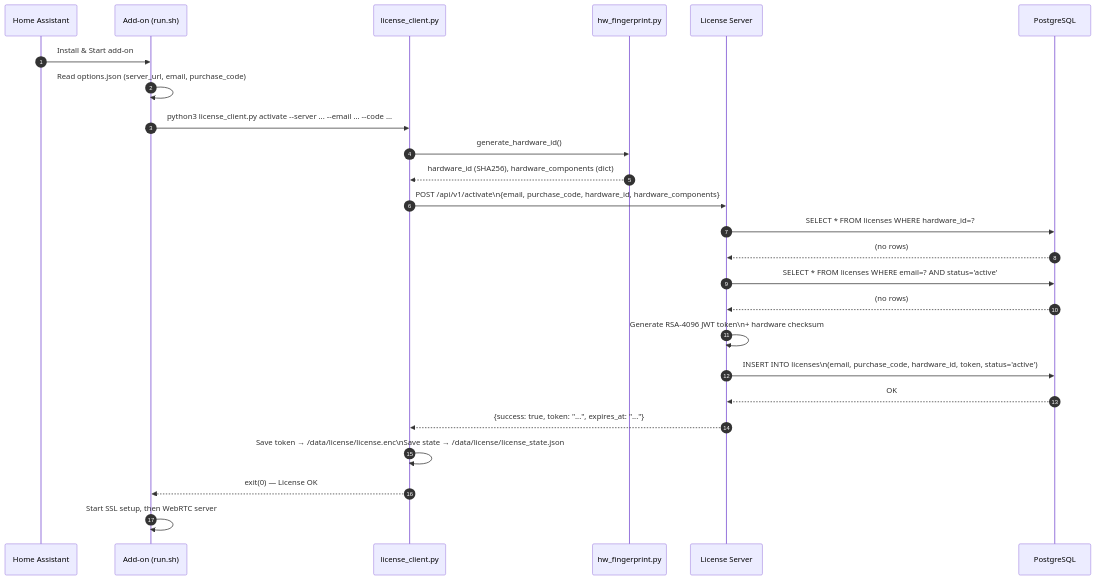
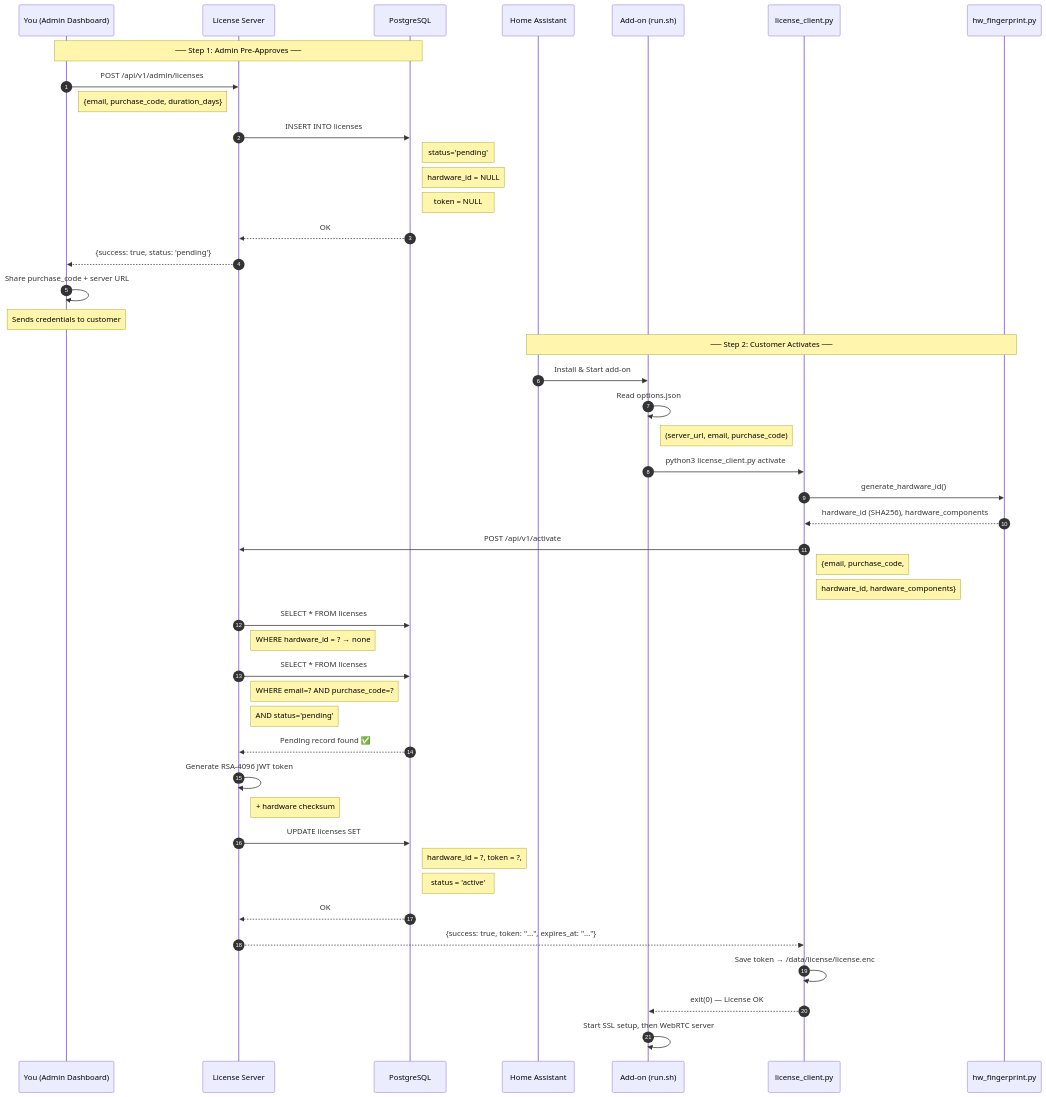
Before and after one commit to Ahmed9190/webrtc-voice-streaming: the first of 10 diagrams in license_server/.handover/05-COMPLETE-GUIDE.md, drawn with Mermaid. The commit also changed other lines of this file, not shown here.

Commit message:
docs: update complete guide to reflect admin-gated activation model

````diff
--- a/license_server/.handover/05-COMPLETE-GUIDE.md
+++ b/license_server/.handover/05-COMPLETE-GUIDE.md
@@ -112,28 +114,50 @@
 ```mermaid
 sequenceDiagram
     autonumber
+    participant Admin as You (Admin Dashboard)
+    participant LS as License Server
+    participant DB as PostgreSQL
     participant HA as Home Assistant
     participant Addon as Add-on (run.sh)
     participant LC as license_client.py
     participant HW as hw_fingerprint.py
-    participant LS as License Server
-    participant DB as PostgreSQL
 
+    note over Admin,DB: ── Step 1: Admin Pre-Approves ──
+    Admin->>LS: POST /api/v1/admin/licenses
+    note right of Admin: {email, purchase_code, duration_days}
+    LS->>DB: INSERT INTO licenses
+    note right of DB: status='pending'
+    note right of DB: hardware_id = NULL
+    note right of DB: token = NULL
+    DB-->>LS: OK
+    LS-->>Admin: {success: true, status: 'pending'}
+    Admin->>Admin: Share purchase_code + server URL
+    note over Admin: Sends credentials to customer
+
+    note over HA,HW: ── Step 2: Customer Activates ──
     HA->>Addon: Install & Start add-on
-    Addon->>Addon: Read options.json (server_url, email, purchase_code)
-    Addon->>LC: python3 license_client.py activate --server ... --email ... --code ...
+    Addon->>Addon: Read options.json
+    note right of Addon: (server_url, email, purchase_code)
+    Addon->>LC: python3 license_client.py activate
     LC->>HW: generate_hardware_id()
-    HW-->>LC: hardware_id (SHA256), hardware_components (dict)
-    LC->>LS: POST /api/v1/activate\n{email, purchase_code, hardware_id, hardware_components}
-    LS->>DB: SELECT * FROM licenses WHERE hardware_id=?
-    DB-->>LS: (no rows)
-    LS->>DB: SELECT * FROM licenses WHERE email=? AND status='active'
-    DB-->>LS: (no rows)
-    LS->>LS: Generate RSA-4096 JWT token\n+ hardware checksum
-    LS->>DB: INSERT INTO licenses\n(email, purchase_code, hardware_id, token, status='active')
+    HW-->>LC: hardware_id (SHA256), hardware_components
+    LC->>LS: POST /api/v1/activate
+    note right of LC: {email, purchase_code,
+    note right of LC:  hardware_id, hardware_components}
+    LS->>DB: SELECT * FROM licenses
+    note right of LS: WHERE hardware_id = ? → none
+    LS->>DB: SELECT * FROM licenses
+    note right of LS: WHERE email=? AND purchase_code=?
+    note right of LS: AND status='pending'
+    DB-->>LS: Pending record found ✅
+    LS->>LS: Generate RSA-4096 JWT token
+    note right of LS: + hardware checksum
+    LS->>DB: UPDATE licenses SET
+    note right of DB: hardware_id = ?, token = ?,
+    note right of DB: status = 'active'
     DB-->>LS: OK
     LS-->>LC: {success: true, token: "...", expires_at: "..."}
-    LC->>LC: Save token → /data/license/license.enc\nSave state → /data/license/license_state.json
+    LC->>LC: Save token → /data/license/license.enc
     LC-->>Addon: exit(0) — License OK
     Addon->>Addon: Start SSL setup, then WebRTC server
 ```
````
